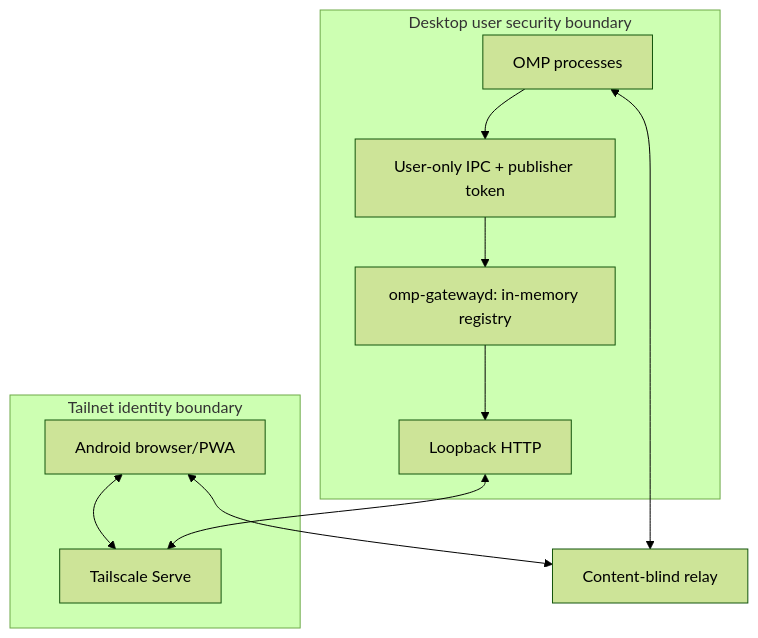
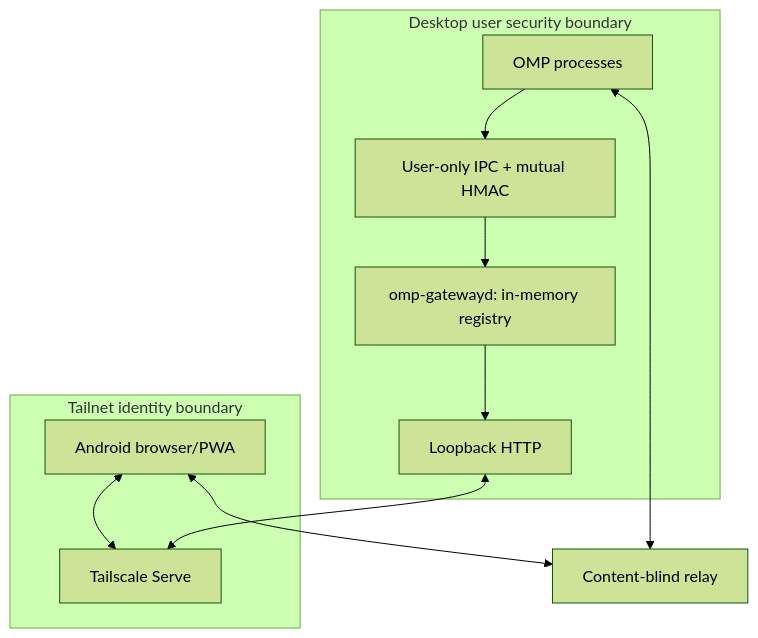
One commit to alphastorm/omp-session-gateway changed the diagram in docs/ARCHITECTURE.md. Above: the diagram before and after it, drawn with Mermaid (forest theme). The commit also changed other lines of this file and 24 other files, not shown here.

````diff
--- a/docs/ARCHITECTURE.md
+++ b/docs/ARCHITECTURE.md
@@ -149,20 +149,20 @@
 ```mermaid
 flowchart TB
     subgraph DesktopUser[Desktop user security boundary]
       OMP[OMP processes]
-      IPC[User-only IPC + publisher token]
+      IPC[User-only IPC + mutual HMAC]
       GATEWAY[omp-gatewayd: in-memory registry]
       HTTP[Loopback HTTP]
       OMP --> IPC --> GATEWAY --> HTTP
     end
 
     subgraph Tailnet[Tailnet identity boundary]
       SERVE[Tailscale Serve]
       PHONE[Android browser/PWA]
       PHONE <--> SERVE
     end
 
     HTTP <--> SERVE
     OMP <--> RELAY[Content-blind relay]
     PHONE <--> RELAY
 ```
````
